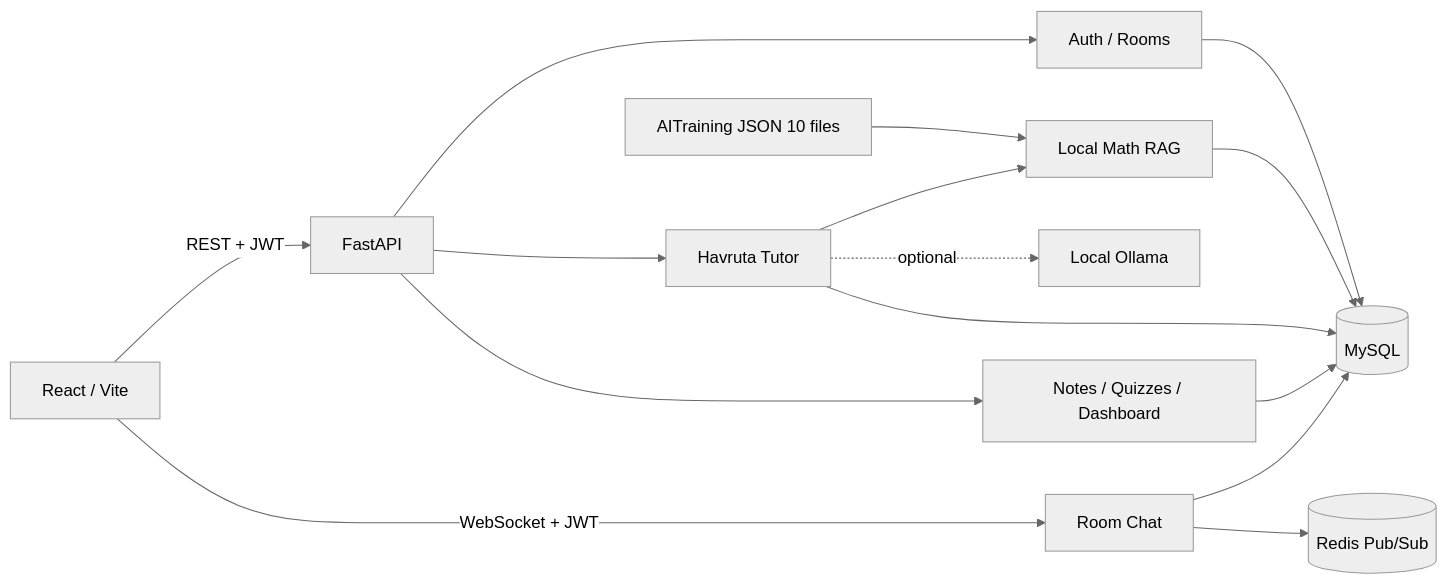
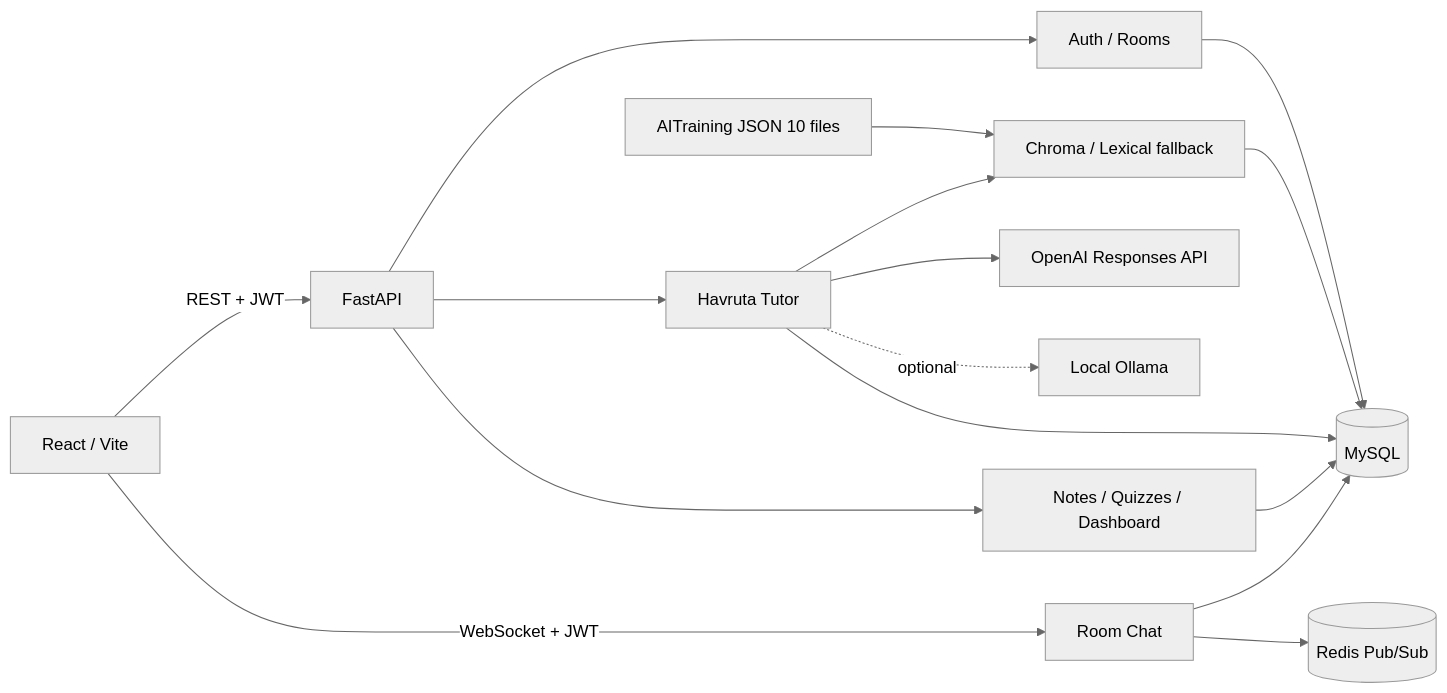
The diagram in README.md (20211400jiho/havruta-ai-tutor), drawn with Mermaid (neutral theme) before and after one commit. The commit also changed other lines of this file and 9 other files, not shown here.

Commit message:
feat: integrate Chroma RAG with OpenAI tutor

````diff
--- a/README.md
+++ b/README.md
@@ -33,17 +33,18 @@
 ```mermaid
 flowchart LR
     Browser[React / Vite] -->|REST + JWT| API[FastAPI]
     Browser -->|WebSocket + JWT| WS[Room Chat]
     API --> Auth[Auth / Rooms]
     API --> Tutor[Havruta Tutor]
     API --> Content[Notes / Quizzes / Dashboard]
-    Tutor --> RAG[Local Math RAG]
+    Tutor --> RAG[Chroma / Lexical fallback]
+    Tutor --> OpenAI[OpenAI Responses API]
     Tutor -. optional .-> Ollama[Local Ollama]
     Auth --> DB[(MySQL)]
     Tutor --> DB
     Content --> DB
     WS --> DB
     WS --> Redis[(Redis Pub/Sub)]
     RAG --> DB
     JSON[AITraining JSON 10 files] --> RAG
 ```
````
